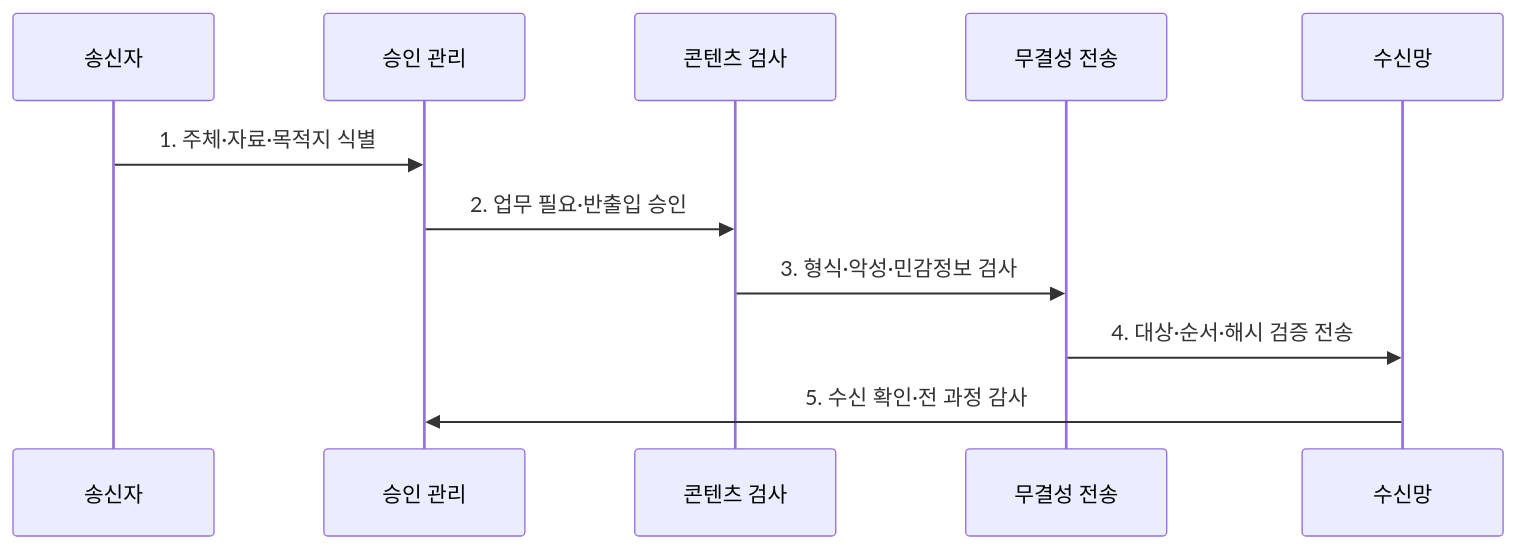
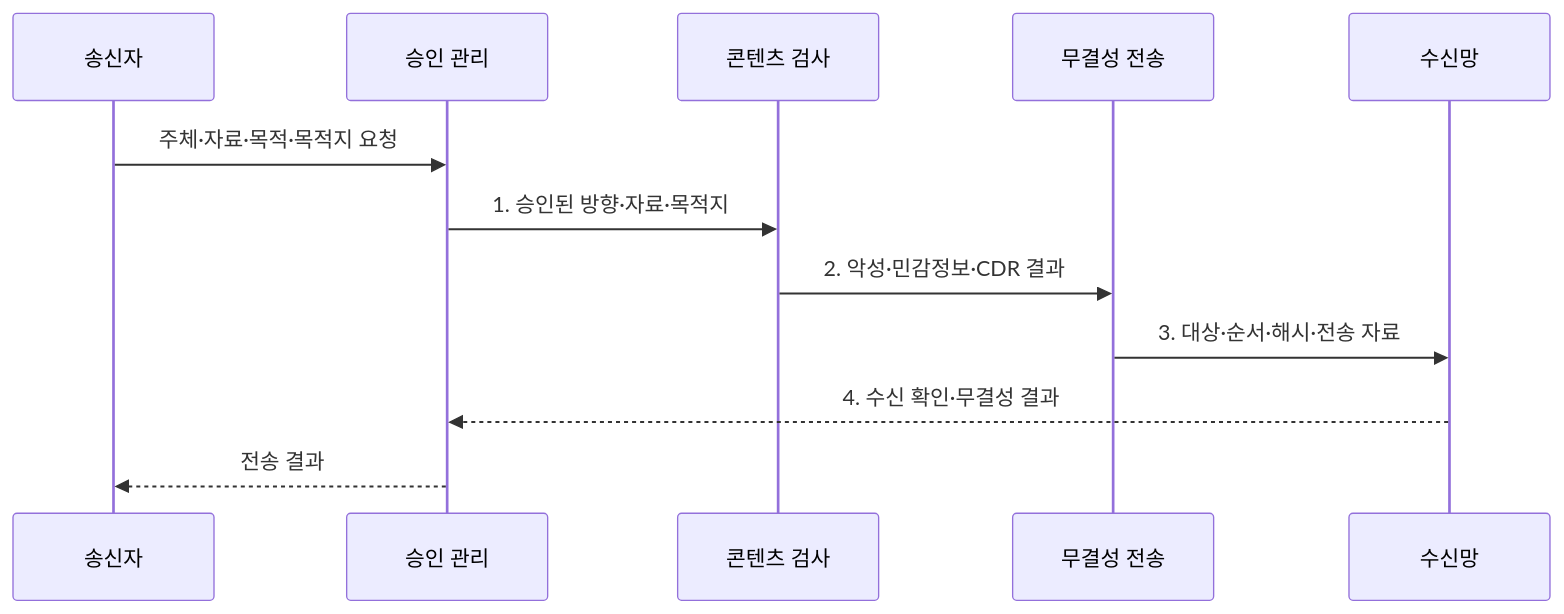
Before and after one commit to agnusdei1207/knowledge-base: the second of 2 diagrams in src/content/docs/notes/05-security/140_network_separation_bridging.md, drawn with Mermaid. The commit also changed other lines of this file and 20 other files, not shown here.

````diff
--- a/src/content/docs/notes/05-security/140_network_separation_bridging.md
+++ b/src/content/docs/notes/05-security/140_network_separation_bridging.md
@@ -82,13 +85,14 @@
 ```mermaid
 sequenceDiagram
   participant S as 송신자
   participant A as 승인 관리
   participant C as 콘텐츠 검사
   participant T as 무결성 전송
   participant D as 수신망
-  S->>A: 1. 주체·자료·목적지 식별
-  A->>C: 2. 업무 필요·반출입 승인
-  C->>T: 3. 형식·악성·민감정보 검사
-  T->>D: 4. 대상·순서·해시 검증 전송
-  D->>A: 5. 수신 확인·전 과정 감사
+  S->>A: 주체·자료·목적·목적지 요청
+  A->>C: 1. 승인된 방향·자료·목적지
+  C->>T: 2. 악성·민감정보·CDR 결과
+  T->>D: 3. 대상·순서·해시·전송 자료
+  D-->>A: 4. 수신 확인·무결성 결과
+  A-->>S: 전송 결과
 ```
````
